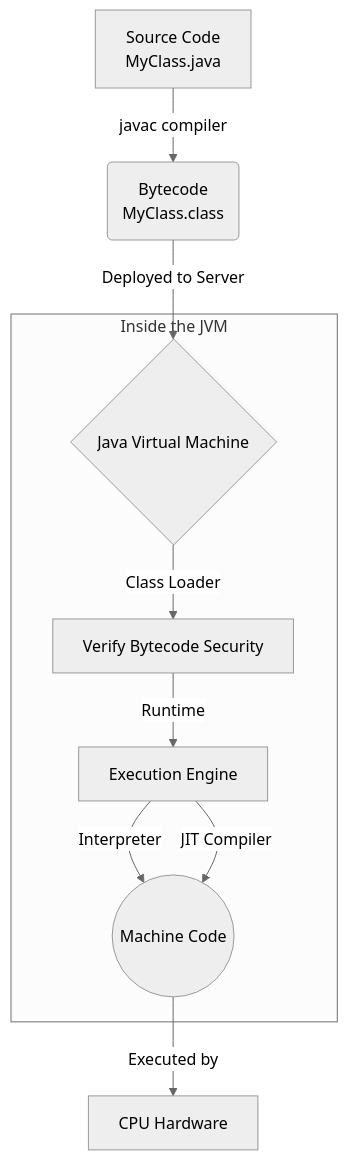
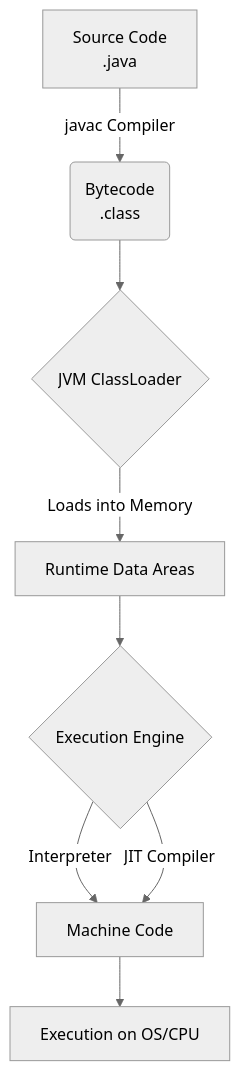
Before and after one commit to sivanagaraju/java_springboot: the diagram in 00-java-foundation/01-java-basics/explanation/01-how-java-works.md, drawn with Mermaid (neutral theme). The commit also changed other lines of this file and 90 other files, not shown here.

Commit message:
feat: Add comprehensive learning materials covering Java fundamentals, Spring Boot architecture, and data access with JPA, including explanations, exercises, and demo code.

````diff
--- a/00-java-foundation/01-java-basics/explanation/01-how-java-works.md
+++ b/00-java-foundation/01-java-basics/explanation/01-how-java-works.md
@@ -40,14 +11,10 @@
 ```mermaid
 flowchart TD
-    A[Source Code <br/> MyClass.java] -->|javac compiler| B(Bytecode <br/> MyClass.class)
-    B -->|Deployed to Server| C{Java Virtual Machine}
-    
-    subgraph JVM [Inside the JVM]
-        C -->|Class Loader| D[Verify Bytecode Security]
-        D -->|Runtime| E[Execution Engine]
-        E -->|Interpreter| F((Machine Code))
-        E -->|JIT Compiler| F
-    end
-    
-    F -->|Executed by| G[CPU Hardware]
+    A[Source Code <br/> .java] -->|javac Compiler| B(Bytecode <br/> .class)
+    B --> C{JVM ClassLoader}
+    C -->|Loads into Memory| D[Runtime Data Areas]
+    D --> E{Execution Engine}
+    E -->|Interpreter| F[Machine Code]
+    E -->|JIT Compiler| F
+    F --> G[Execution on OS/CPU]
 ```
````
